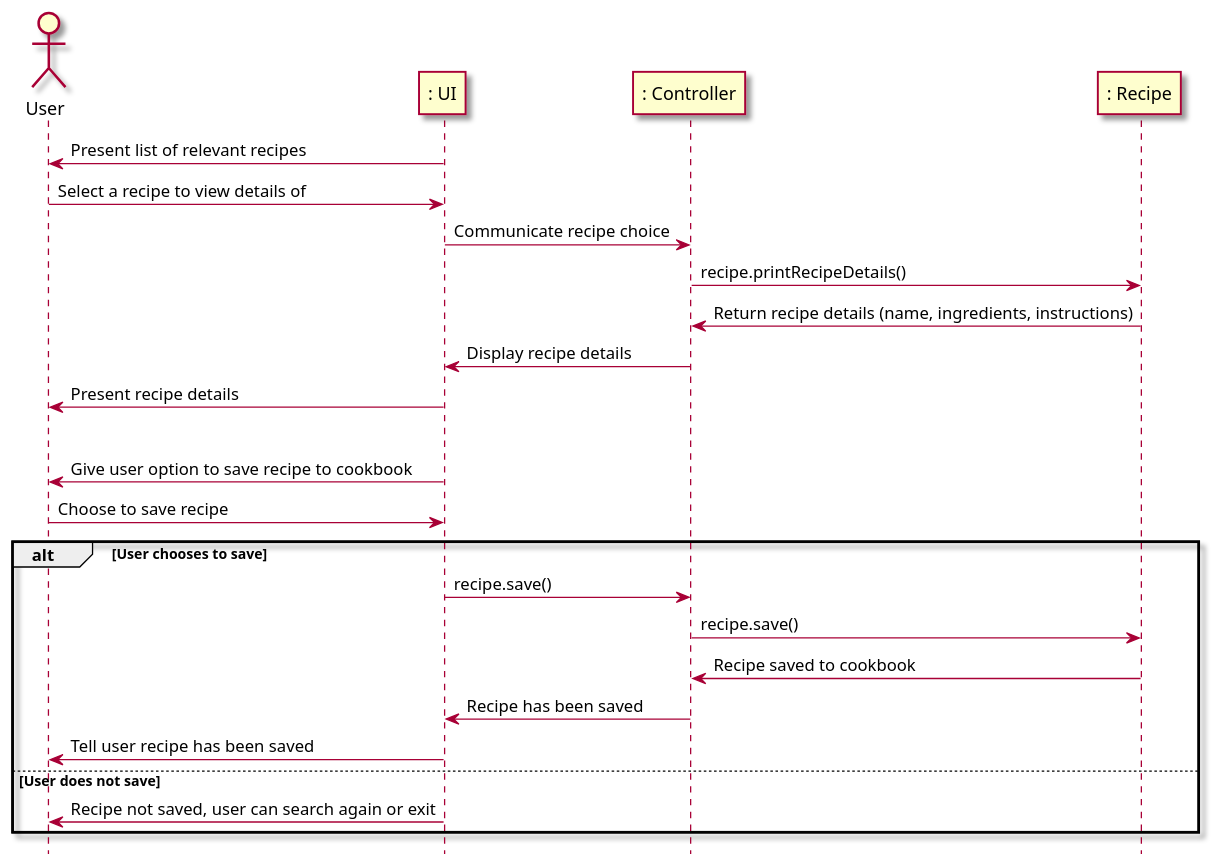
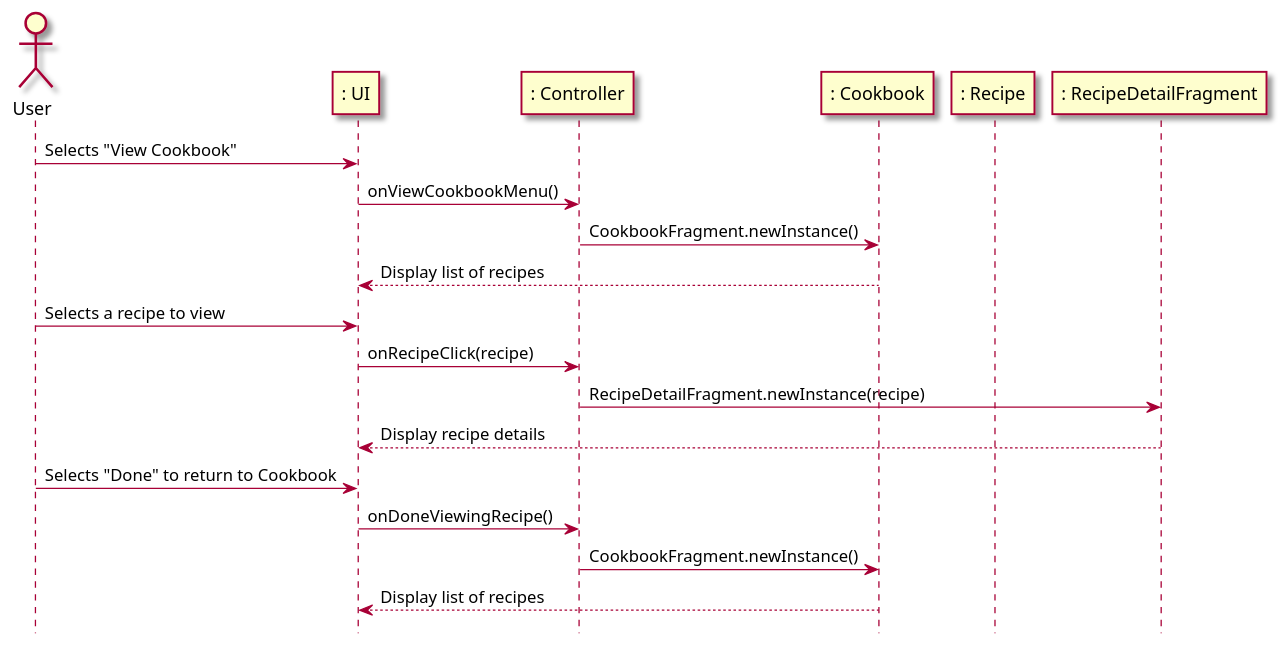
The second of 2 diagrams in intellij/doc/use-cases/view_recipe.md (berthashipper/Pantry-Pal-Android-Application), drawn with PlantUML before and after one commit. The commit also changed other lines of this file and 11 other files, not shown here.

Commit message:
Updated sequence diagrams and workflows to reflect real code

````diff
--- a/intellij/doc/use-cases/view_recipe.md
+++ b/intellij/doc/use-cases/view_recipe.md
@@ -64,34 +60,30 @@
 ```plantuml
 @startuml
 skin rose
 
 hide footbox
 
 actor User as user
 participant ": UI" as ui
 participant ": Controller" as cont
-participant ": Recipe" as rec
+participant ": Cookbook" as cookbook
+participant ": Recipe" as recipe
+participant ": RecipeDetailFragment" as recipeDetailFragment
 
-ui -> user: Present list of relevant recipes
-user -> ui: Select a recipe to view details of
-ui -> cont: Communicate recipe choice
-cont -> rec: recipe.printRecipeDetails()
-rec -> cont: Return recipe details (name, ingredients, instructions)
-cont -> ui: Display recipe details
-ui -> user: Present recipe details
+user -> ui : Selects "View Cookbook"
+ui -> cont : onViewCookbookMenu()
+cont -> cookbook : CookbookFragment.newInstance()
+cookbook --> ui : Display list of recipes
 
-loop User decides to save or not
-    ui -> user: Give user option to save recipe to cookbook
-    user -> ui: Choose to save recipe
-    alt User chooses to save
-        ui -> cont: recipe.save()
-        cont -> rec: recipe.save()
-        rec -> cont: Recipe saved to cookbook
-        cont -> ui: Recipe has been saved
-        ui -> user: Tell user recipe has been saved
-    else User does not save
-        ui -> user: Recipe not saved, user can search again or exit
-    end
+user -> ui : Selects a recipe to view
+ui -> cont : onRecipeClick(recipe)
+cont -> recipeDetailFragment : RecipeDetailFragment.newInstance(recipe)
+recipeDetailFragment --> ui : Display recipe details
+
+user -> ui : Selects "Done" to return to Cookbook
+ui -> cont : onDoneViewingRecipe()
+cont -> cookbook : CookbookFragment.newInstance()
+cookbook --> ui : Display list of recipes
 
 @enduml
 ```
````
